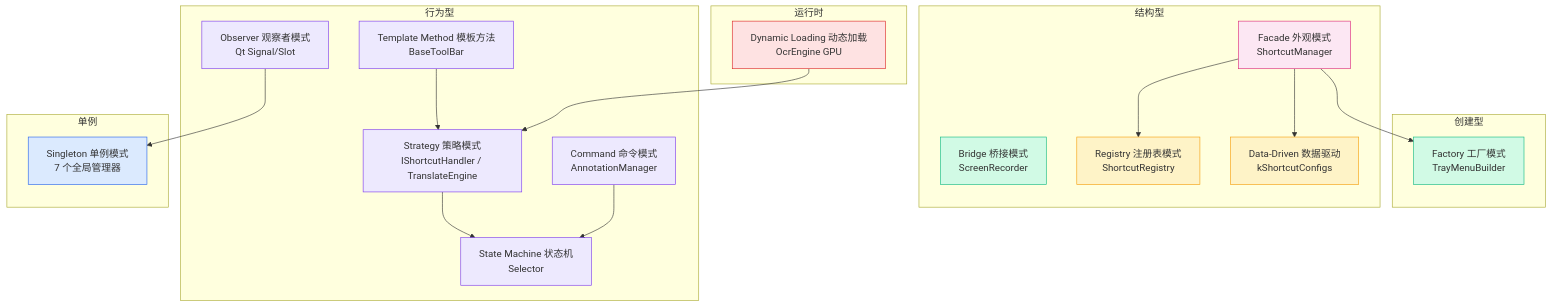
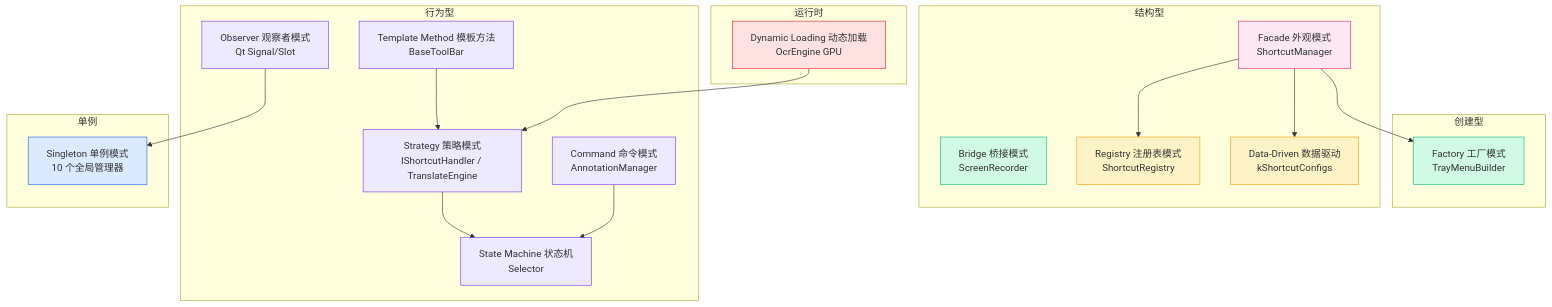
One commit to ChiangyangNPU/quick-shot changed diagram 35 of 35 in docs/architecture.md. Above: the diagram before and after it, drawn with Mermaid. The commit also changed other lines of this file and 7 other files, not shown here.

````diff
--- a/docs/architecture.md
+++ b/docs/architecture.md
@@ -3194,51 +3257,51 @@
 ```mermaid
 graph TD
     subgraph 创建型
         F[Factory 工厂模式<br/>TrayMenuBuilder]
     end
 
     subgraph 结构型
         B[Bridge 桥接模式<br/>ScreenRecorder]
         Fa[Facade 外观模式<br/>ShortcutManager]
         R[Registry 注册表模式<br/>ShortcutRegistry]
         D[Data-Driven 数据驱动<br/>kShortcutConfigs]
     end
 
     subgraph 行为型
         S[Strategy 策略模式<br/>IShortcutHandler / TranslateEngine]
         SM[State Machine 状态机<br/>Selector]
         TM[Template Method 模板方法<br/>BaseToolBar]
         C[Command 命令模式<br/>AnnotationManager]
         O[Observer 观察者模式<br/>Qt Signal/Slot]
     end
 
     subgraph 单例
-        Sig[Singleton 单例模式<br/>7 个全局管理器]
+        Sig[Singleton 单例模式<br/>10 个全局管理器]
     end
 
     subgraph 运行时
         DL[Dynamic Loading 动态加载<br/>OcrEngine GPU]
     end
 
     Fa --> R
     Fa --> F
     Fa --> D
     S --> SM
     TM --> S
     C --> SM
     O --> Sig
     DL --> S
 
     style Sig fill:#dbeafe,stroke:#2563eb
     style B fill:#d1fae5,stroke:#10b981
     style Fa fill:#fce7f3,stroke:#db2777
     style R fill:#fef3c7,stroke:#f59e0b
     style D fill:#fef3c7,stroke:#f59e0b
     style S fill:#ede9fe,stroke:#7c3aed
     style SM fill:#ede9fe,stroke:#7c3aed
     style TM fill:#ede9fe,stroke:#7c3aed
     style C fill:#ede9fe,stroke:#7c3aed
     style O fill:#ede9fe,stroke:#7c3aed
     style F fill:#d1fae5,stroke:#10b981
     style DL fill:#fee2e2,stroke:#dc2626
 ```
````
